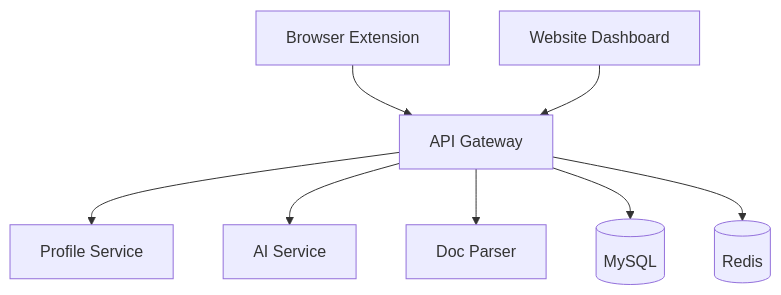
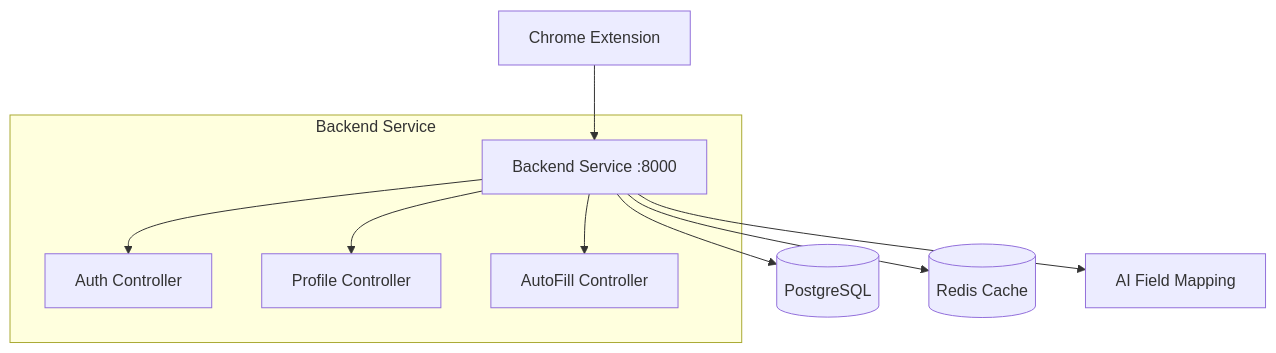
One commit to laythfadhala/AutoFill-Copilot changed the diagram in README.md. Above: the diagram before and after it, drawn with Mermaid. The commit also changed other lines of this file and 96 other files, not shown here.

````diff
--- a/README.md
+++ b/README.md
@@ -176,10 +147,13 @@
 ```mermaid
 graph TB
-    A[Browser Extension] --> B[API Gateway]
-    B --> C[Profile Service]
-    B --> D[AI Service]
-    B --> E[Doc Parser]
-    F[Website Dashboard] --> B
-    B --> G[(MySQL)]
-    B --> H[(Redis)]
+    A[Chrome Extension] --> B[Backend Service :8000]
+    B --> C[(PostgreSQL)]
+    B --> D[(Redis Cache)]
+    B --> E[AI Field Mapping]
+
+    subgraph "Backend Service"
+        B --> F[Auth Controller]
+        B --> G[Profile Controller]
+        B --> H[AutoFill Controller]
+    end
 ```
````
